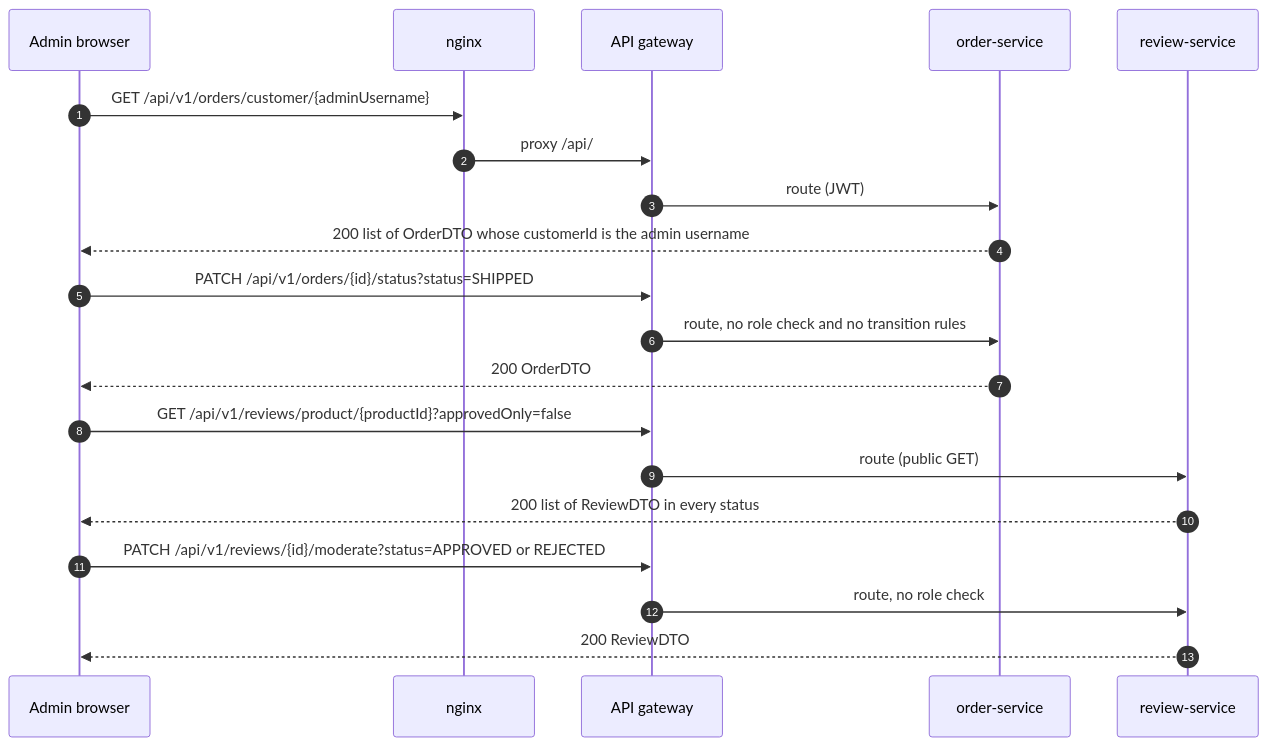
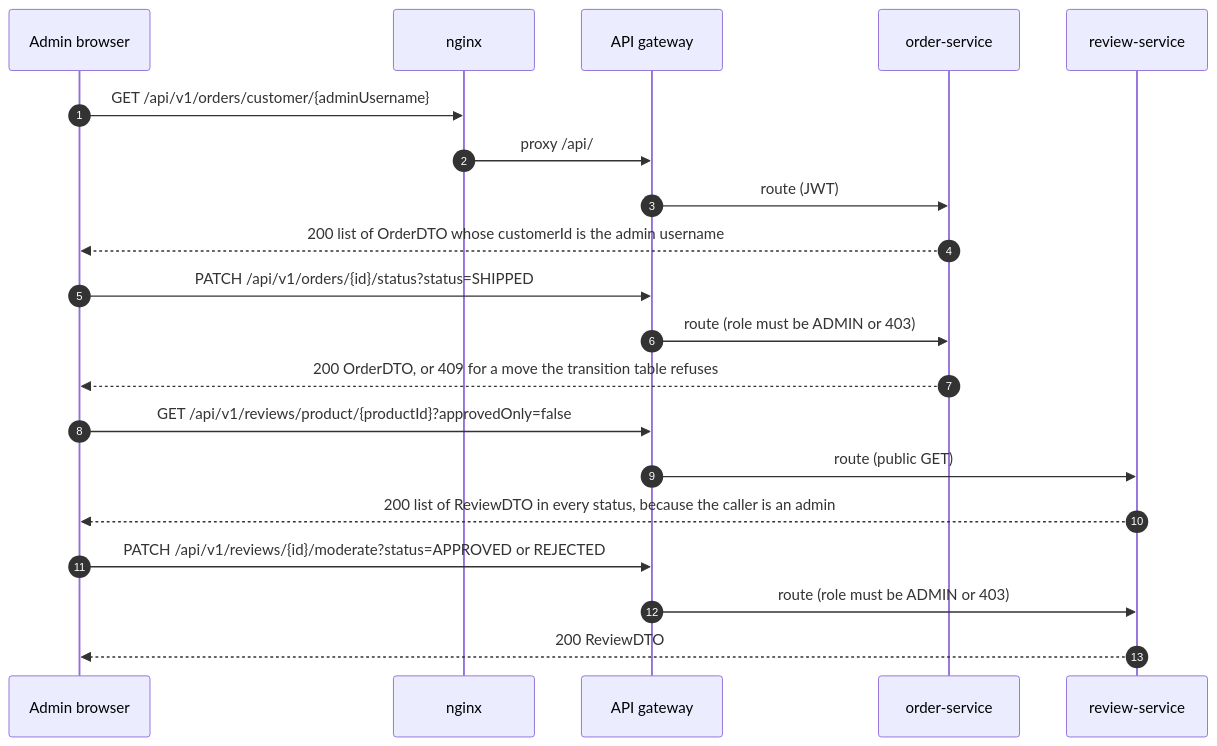
The eighth of 9 diagrams in docs/frontend.md (bmcnpnr/ecommerce-platform), drawn with Mermaid before and after one commit. The commit also changed other lines of this file and 58 other files, not shown here.

````diff
--- a/docs/frontend.md
+++ b/docs/frontend.md
@@ -626,22 +664,22 @@
 ```mermaid
 sequenceDiagram
     autonumber
     participant A as Admin browser
     participant N as nginx
     participant G as API gateway
     participant O as order-service
     participant R as review-service
     A->>N: GET /api/v1/orders/customer/{adminUsername}
     N->>G: proxy /api/
     G->>O: route (JWT)
     O-->>A: 200 list of OrderDTO whose customerId is the admin username
     A->>G: PATCH /api/v1/orders/{id}/status?status=SHIPPED
-    G->>O: route, no role check and no transition rules
-    O-->>A: 200 OrderDTO
+    G->>O: route (role must be ADMIN or 403)
+    O-->>A: 200 OrderDTO, or 409 for a move the transition table refuses
     A->>G: GET /api/v1/reviews/product/{productId}?approvedOnly=false
     G->>R: route (public GET)
-    R-->>A: 200 list of ReviewDTO in every status
+    R-->>A: 200 list of ReviewDTO in every status, because the caller is an admin
     A->>G: PATCH /api/v1/reviews/{id}/moderate?status=APPROVED or REJECTED
-    G->>R: route, no role check
+    G->>R: route (role must be ADMIN or 403)
     R-->>A: 200 ReviewDTO
 ```
````
